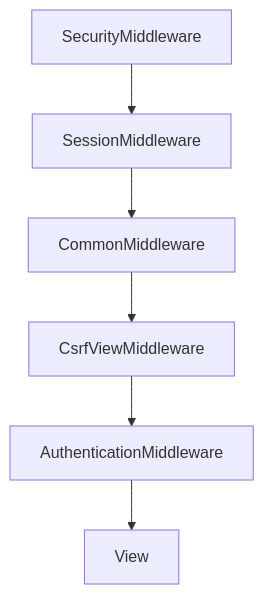
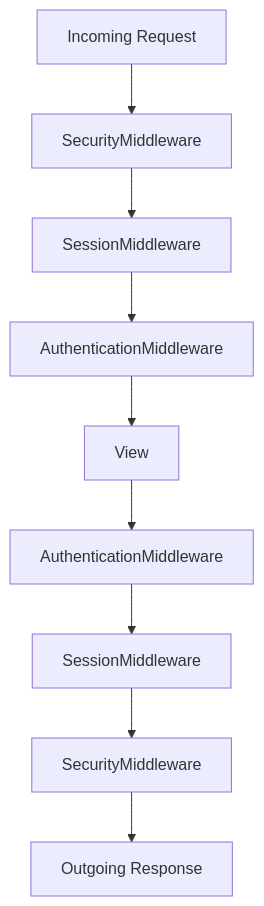
Before and after one commit to AvadhBhalodiya/Interview-Preparation: the fourth of 9 diagrams in src/content/django/mtv-request-response-cycle.md, drawn with Mermaid. The commit also changed other lines of this file and 80 other files, not shown here.

````diff
--- a/src/content/django/mtv-request-response-cycle.md
+++ b/src/content/django/mtv-request-response-cycle.md
@@ -475,8 +361,13 @@
 ```mermaid
 flowchart TD
-    A[SecurityMiddleware] --> B[SessionMiddleware]
-    B --> C[CommonMiddleware]
-    C --> D[CsrfViewMiddleware]
-    D --> E[AuthenticationMiddleware]
-    E --> F[View]
+    Request[Incoming Request]
+    Request --> Security[SecurityMiddleware]
+    Security --> Session[SessionMiddleware]
+    Session --> Auth[AuthenticationMiddleware]
+    Auth --> View[View]
+
+    View --> AuthR[AuthenticationMiddleware]
+    AuthR --> SessionR[SessionMiddleware]
+    SessionR --> SecurityR[SecurityMiddleware]
+    SecurityR --> Response[Outgoing Response]
 ```
````
